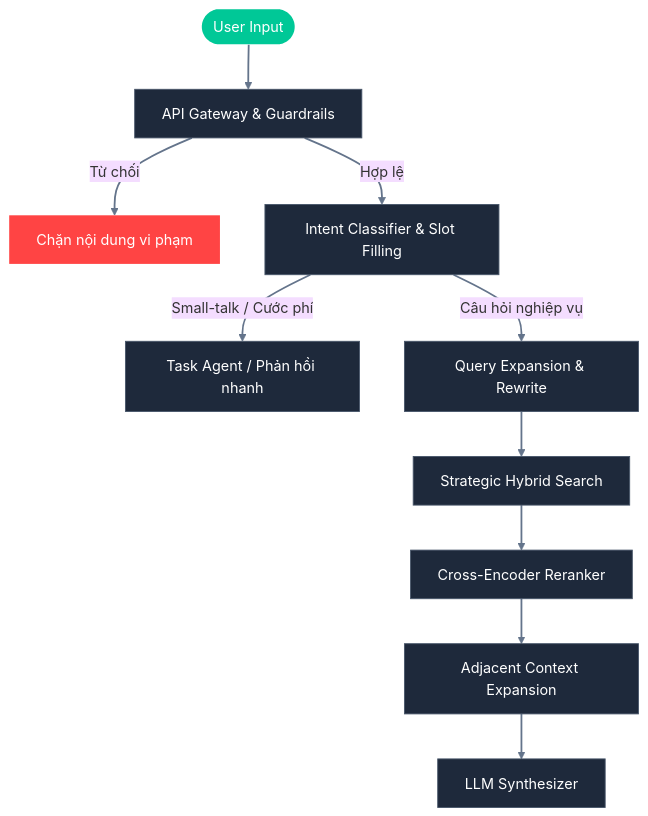
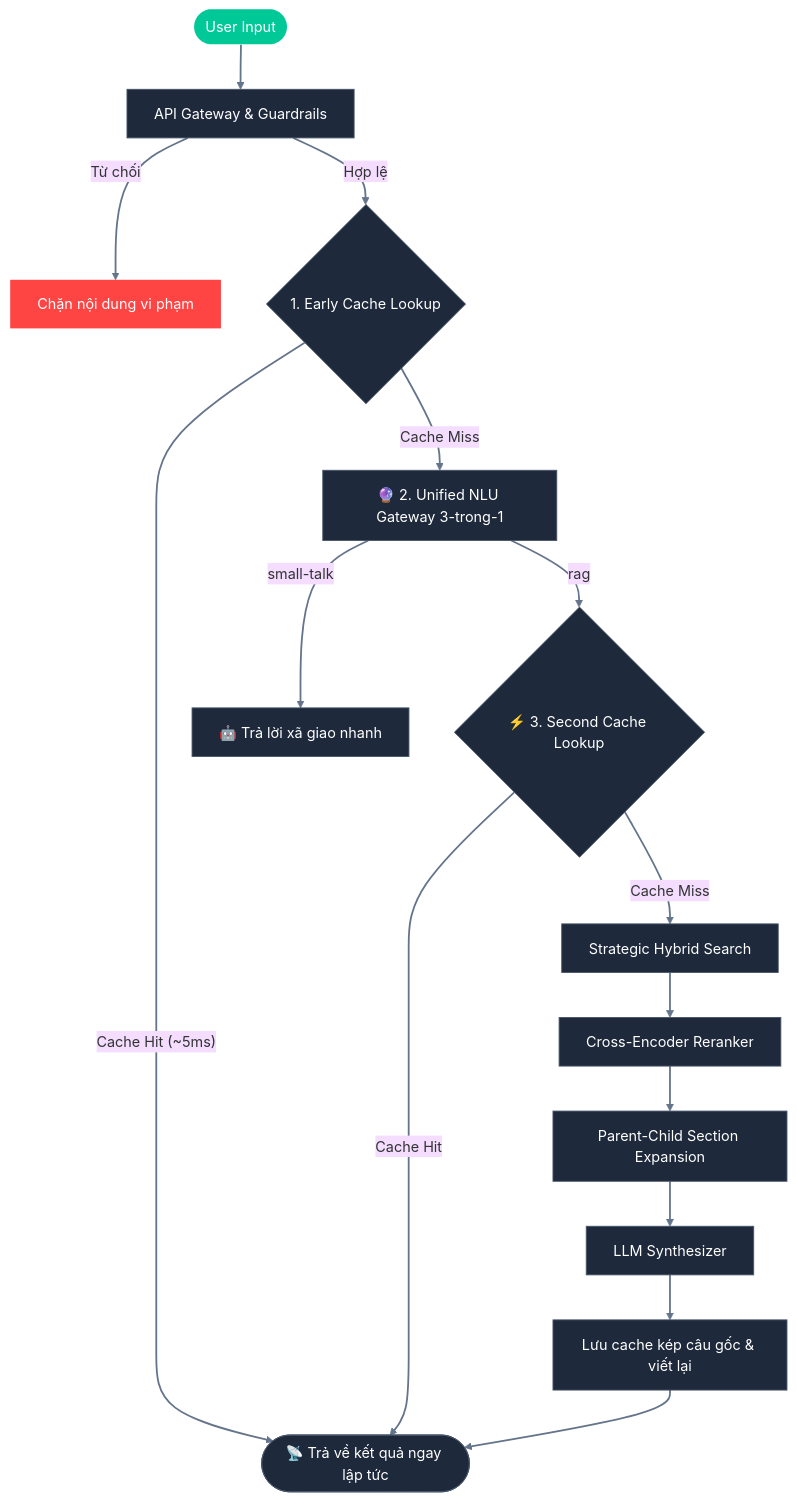
Before and after one commit to dungltcn272/XANH_SM_AI_ASSISTANT_V1: the diagram in PIPELINE.md, drawn with Mermaid (base theme). The commit also changed other lines of this file and 22 other files, not shown here.

````diff
--- a/PIPELINE.md
+++ b/PIPELINE.md
@@ -7,22 +7,28 @@
 ```mermaid
 graph TD
-    A([User Input]):::input
-    A --> B[API Gateway & Guardrails]
+    A([User Input]):::input --> B[API Gateway & Guardrails]
     
     B -- Từ chối --> C[Chặn nội dung vi phạm]:::error
-    B -- Hợp lệ --> D[Intent Classifier & Slot Filling]
+    B -- Hợp lệ --> D{1. Early Cache Lookup}
     
-    D -- Small-talk / Cước phí --> E[Task Agent / Phản hồi nhanh]
-    D -- Câu hỏi nghiệp vụ --> F[Query Expansion & Rewrite]
+    D -- Cache Hit (~5ms) --> K([📡 Trả về kết quả ngay lập tức])
+    D -- Cache Miss --> E[🔮 2. Unified NLU Gateway 3-trong-1]
     
-    F --> G[Strategic Hybrid Search]
-    G --> H[Cross-Encoder Reranker]
-    H --> I[Adjacent Context Expansion]
-    I --> J[LLM Synthesizer]
+    E -- small-talk --> F[🤖 Trả lời xã giao nhanh]
+    E -- rag --> G{⚡ 3. Second Cache Lookup}
+    
+    G -- Cache Hit --> K
+    G -- Cache Miss --> H[Strategic Hybrid Search]
+    
+    H --> I[Cross-Encoder Reranker]
+    I --> J[Parent-Child Section Expansion]
+    J --> L[LLM Synthesizer]
+    L --> M[Lưu cache kép câu gốc & viết lại]
+    M --> K
     
     classDef input fill:#00c897,color:#fff,stroke-width:0px,border-radius:20px;
     classDef error fill:#ff4444,color:#fff,stroke-width:0px;
     
     classDef default fill:#1e293b,color:#fff,stroke:#475569,stroke-width:1px;
     linkStyle default stroke:#64748b,stroke-width:2px;
 ```
````
